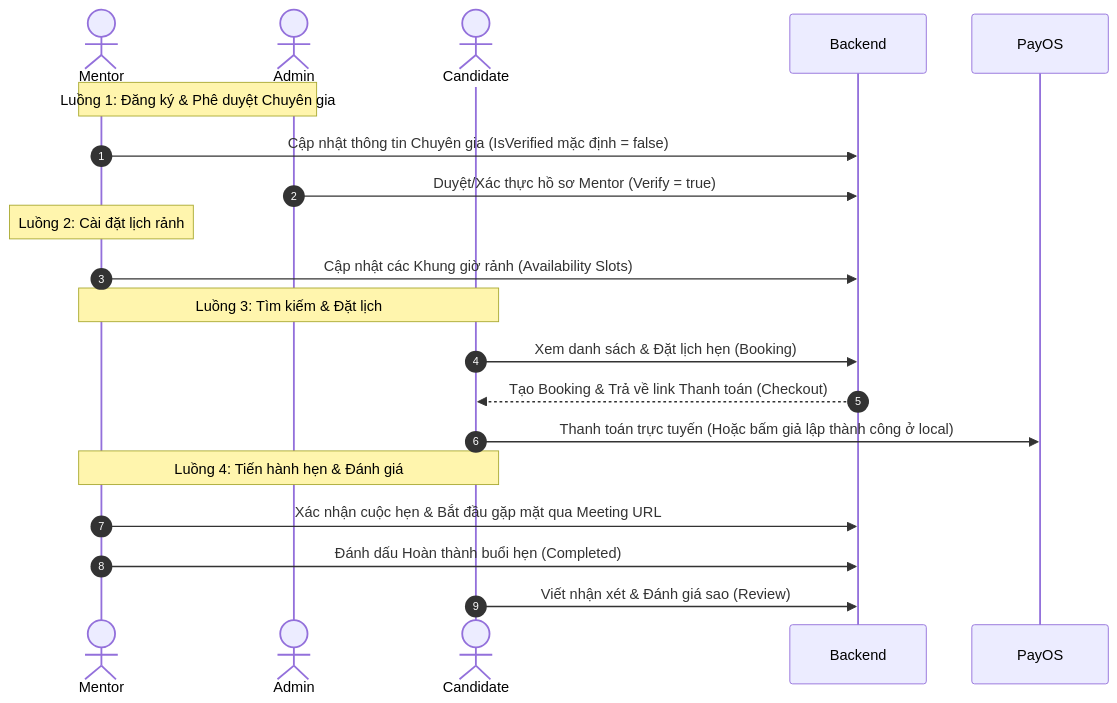
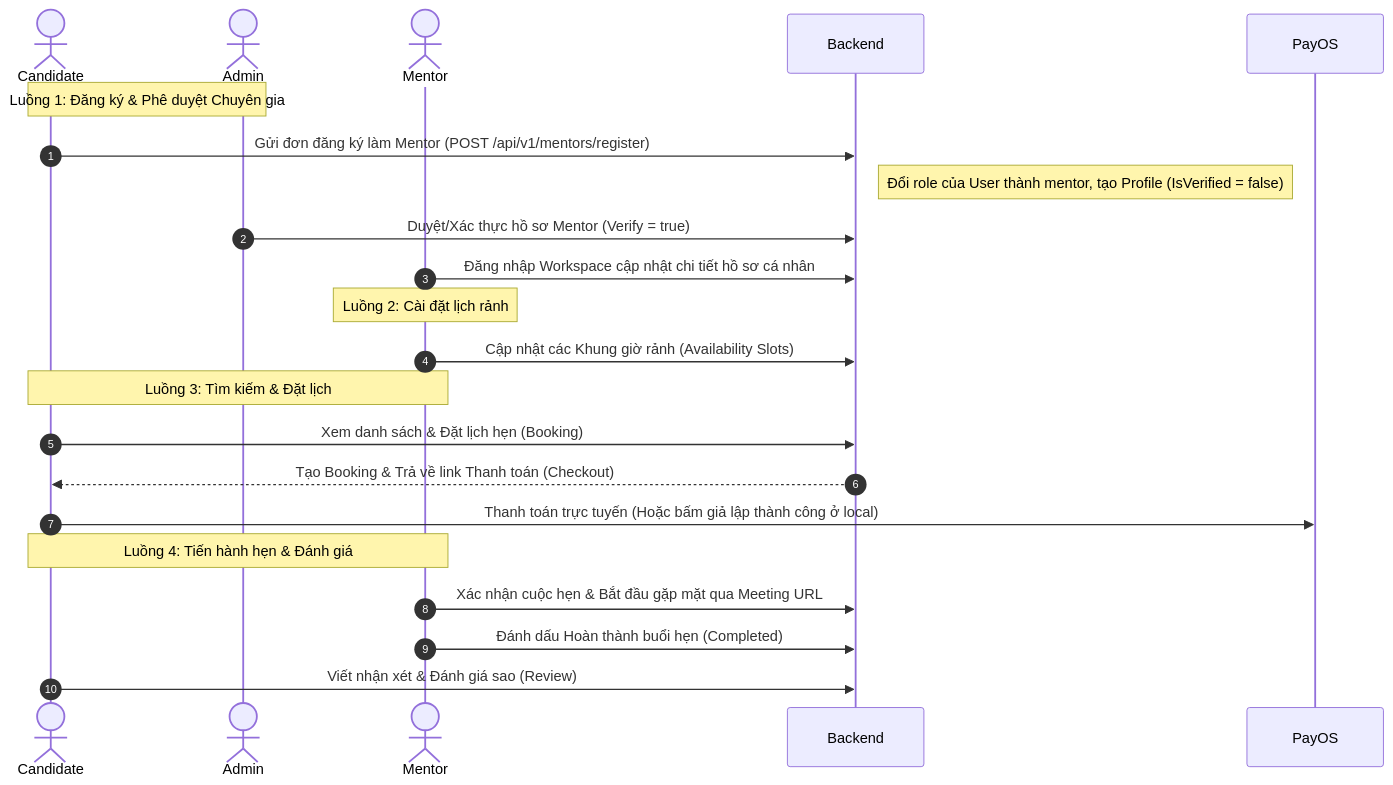
One commit to GiaHuy361/Project_InterViet changed the diagram in docs/FRONTEND_MENTOR_API_GUIDE.md. Above: the diagram before and after it, drawn with Mermaid. The commit also changed other lines of this file and 2 other files, not shown here.

Commit message:
feat: complete mentor onboarding register API and admin profiles synchronization flow

````diff
--- a/docs/FRONTEND_MENTOR_API_GUIDE.md
+++ b/docs/FRONTEND_MENTOR_API_GUIDE.md
@@ -11,28 +11,30 @@
 ```mermaid
 sequenceDiagram
     autonumber
+    actor Candidate
+    actor Admin
     actor Mentor
-    actor Admin
-    actor Candidate
 
     %% Luồng 1
-    Note over Mentor, Admin: Luồng 1: Đăng ký & Phê duyệt Chuyên gia
-    Mentor->>Backend: Cập nhật thông tin Chuyên gia (IsVerified mặc định = false)
+    Note over Candidate, Admin: Luồng 1: Đăng ký & Phê duyệt Chuyên gia
+    Candidate->>Backend: Gửi đơn đăng ký làm Mentor (POST /api/v1/mentors/register)
+    Note right of Backend: Đổi role của User thành mentor, tạo Profile (IsVerified = false)
     Admin->>Backend: Duyệt/Xác thực hồ sơ Mentor (Verify = true)
+    Mentor->>Backend: Đăng nhập Workspace cập nhật chi tiết hồ sơ cá nhân
     
     %% Luồng 2
     Note over Mentor: Luồng 2: Cài đặt lịch rảnh
     Mentor->>Backend: Cập nhật các Khung giờ rảnh (Availability Slots)
 
     %% Luồng 3
     Note over Candidate, Mentor: Luồng 3: Tìm kiếm & Đặt lịch
     Candidate->>Backend: Xem danh sách & Đặt lịch hẹn (Booking)
     Backend-->>Candidate: Tạo Booking & Trả về link Thanh toán (Checkout)
     Candidate->>PayOS: Thanh toán trực tuyến (Hoặc bấm giả lập thành công ở local)
     
     %% Luồng 4
     Note over Candidate, Mentor: Luồng 4: Tiến hành hẹn & Đánh giá
     Mentor->>Backend: Xác nhận cuộc hẹn & Bắt đầu gặp mặt qua Meeting URL
     Mentor->>Backend: Đánh dấu Hoàn thành buổi hẹn (Completed)
     Candidate->>Backend: Viết nhận xét & Đánh giá sao (Review)
 ```
````
